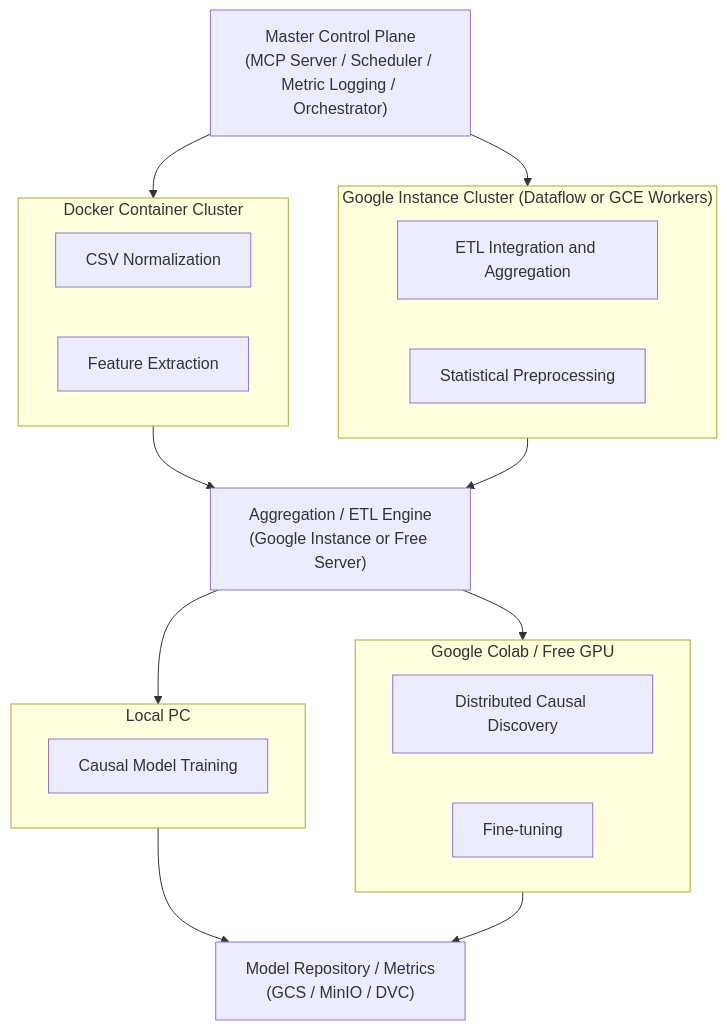
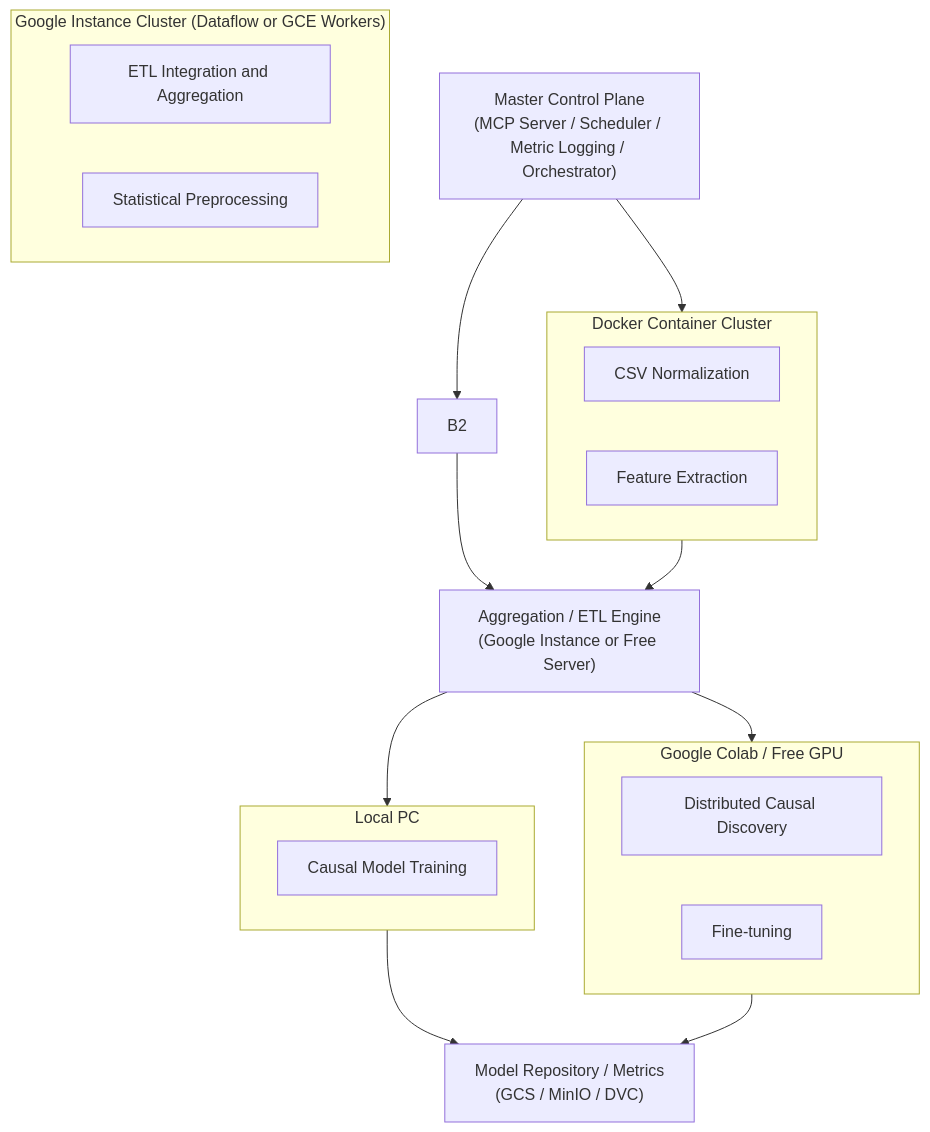
Before and after one commit to bertshun/testmodel: the diagram in SYSTEM_ARCHE.md, drawn with Mermaid.

Commit message:
add arch version 7

````diff
--- a/SYSTEM_ARCHE.md
+++ b/SYSTEM_ARCHE.md
@@ -3,55 +3,55 @@
 ```mermaid
 flowchart TB
 
 %% =========================
 %% Control Plane
 %% =========================
 A["Master Control Plane\n(MCP Server / Scheduler / Metric Logging / Orchestrator)"]
 
 %% =========================
 %% Data Processing Layer
 %% =========================
 subgraph B1["Docker Container Cluster"]
     B1a["CSV Normalization"]
     B1b["Feature Extraction"]
 end
 
-subgraph B2["Google Instance Cluster (Dataflow or GCE Workers)\n"]
-    B2a["ETL Integration and Aggregation"]
-    B2b["Statistical Preprocessing"]
+subgraph B3["Google Instance Cluster (Dataflow or GCE Workers)\n"]
+    B2b["ETL Integration and Aggregation"]
+    B2c["Statistical Preprocessing"]
 end
 
 %% =========================
 %% Aggregation Layer
 %% =========================
 C["Aggregation / ETL Engine\n(Google Instance or Free Server)"]
 
 %% =========================
 %% Learning Layer
 %% =========================
 subgraph D1["Local PC"]
     D1a["Causal Model Training"]
 end
 
 subgraph D2["Google Colab / Free GPU"]
     D2a["Distributed Causal Discovery"]
     D2b["Fine-tuning"]
 end
 
 %% =========================
 %% Repository Layer
 %% =========================
 E["Model Repository / Metrics\n(GCS / MinIO / DVC)"]
 
 %% =========================
 %% Connections
 %% =========================
 A --> B1
 A --> B2
 B1 --> C
 B2 --> C
 C --> D1
 C --> D2
 D1 --> E
 D2 --> E
 ```
````
